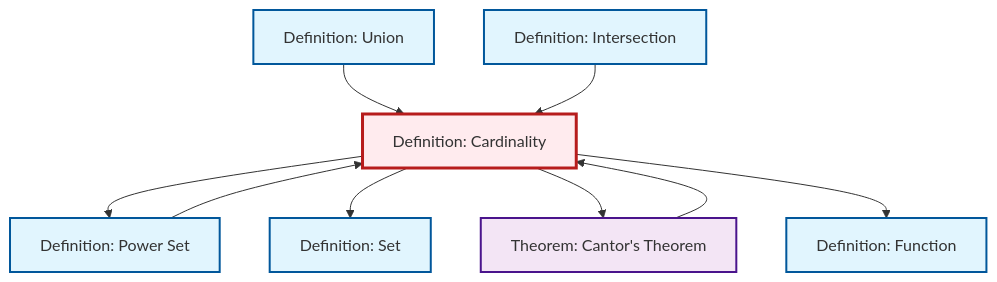
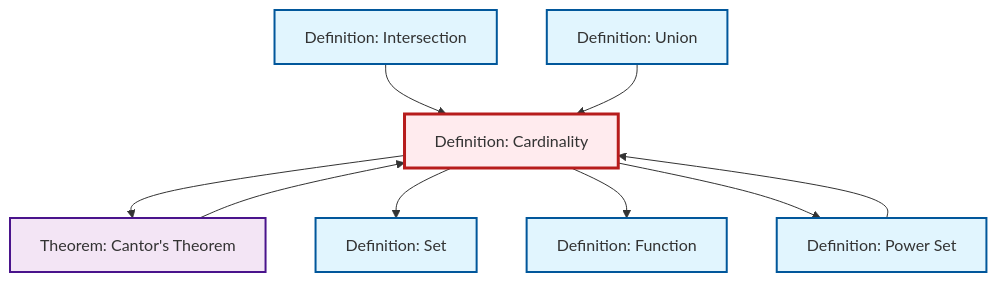
The diagram in content/en/logic-set-theory/def-cardinality.qmd (RK0429/ModernMath), drawn with Mermaid before and after one commit. The commit also changed other lines of this file and 1069 other files, not shown here.

````diff
--- a/content/en/logic-set-theory/def-cardinality.qmd
+++ b/content/en/logic-set-theory/def-cardinality.qmd
@@ -85,31 +85,31 @@
 ```{mermaid}
 %%| fig-cap: "Local dependency graph"
 graph TD
     classDef definition fill:#e1f5fe,stroke:#01579b,stroke-width:2px
     classDef theorem fill:#f3e5f5,stroke:#4a148c,stroke-width:2px
     classDef axiom fill:#fff3e0,stroke:#e65100,stroke-width:2px
     classDef example fill:#e8f5e9,stroke:#1b5e20,stroke-width:2px
     classDef current fill:#ffebee,stroke:#b71c1c,stroke-width:3px
+    def-union["Definition: Union"]:::definition
     def-set["Definition: Set"]:::definition
+    def-function["Definition: Function"]:::definition
+    def-cardinality["Definition: Cardinality"]:::definition
+    thm-cantor["Theorem: Cantor's Theorem"]:::theorem
     def-intersection["Definition: Intersection"]:::definition
-    def-cardinality["Definition: Cardinality"]:::definition
     def-power-set["Definition: Power Set"]:::definition
-    def-union["Definition: Union"]:::definition
-    def-function["Definition: Function"]:::definition
-    thm-cantor["Theorem: Cantor's Theorem"]:::theorem
+    thm-cantor --> def-cardinality
+    def-power-set --> def-cardinality
+    def-intersection --> def-cardinality
+    def-union --> def-cardinality
+    def-cardinality --> thm-cantor
+    def-cardinality --> def-set
+    def-cardinality --> def-function
     def-cardinality --> def-power-set
-    def-cardinality --> def-set
-    def-union --> def-cardinality
-    def-intersection --> def-cardinality
-    def-cardinality --> thm-cantor
-    def-power-set --> def-cardinality
-    def-cardinality --> def-function
-    thm-cantor --> def-cardinality
     class def-cardinality current
+    click def-union "def-union.html" "Go to Union definition"
     click def-set "def-set.html" "Go to Set definition"
+    click def-function "def-function.html" "Go to Function definition"
+    click thm-cantor "thm-cantor.html" "Go to Cantor's Theorem theorem"
     click def-intersection "def-intersection.html" "Go to Intersection definition"
     click def-power-set "def-power-set.html" "Go to Power Set definition"
-    click def-union "def-union.html" "Go to Union definition"
-    click def-function "def-function.html" "Go to Function definition"
-    click thm-cantor "thm-cantor.html" "Go to Cantor's Theorem theorem"
 ```
````
